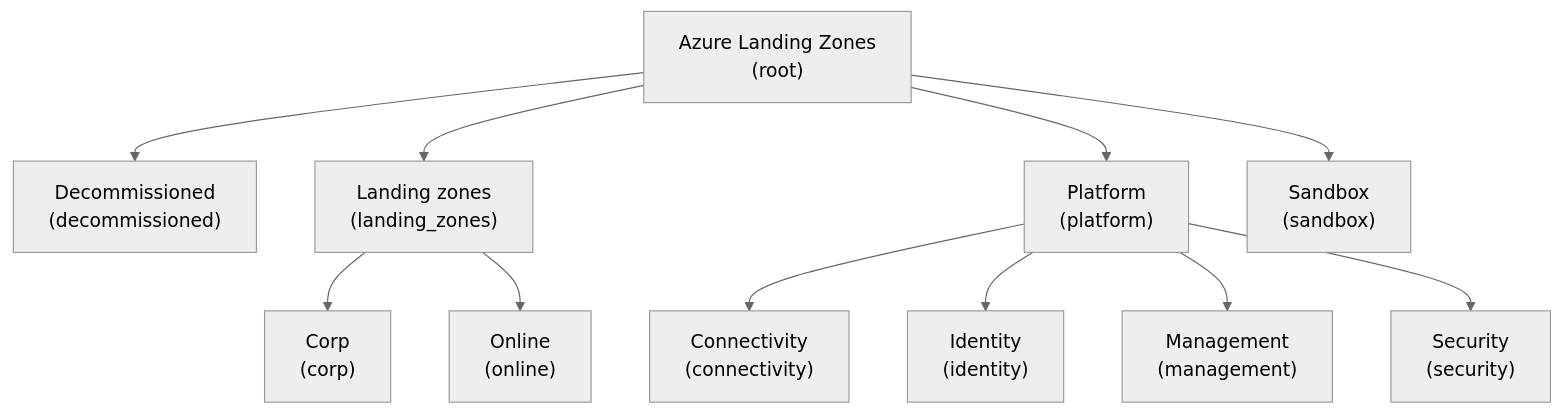
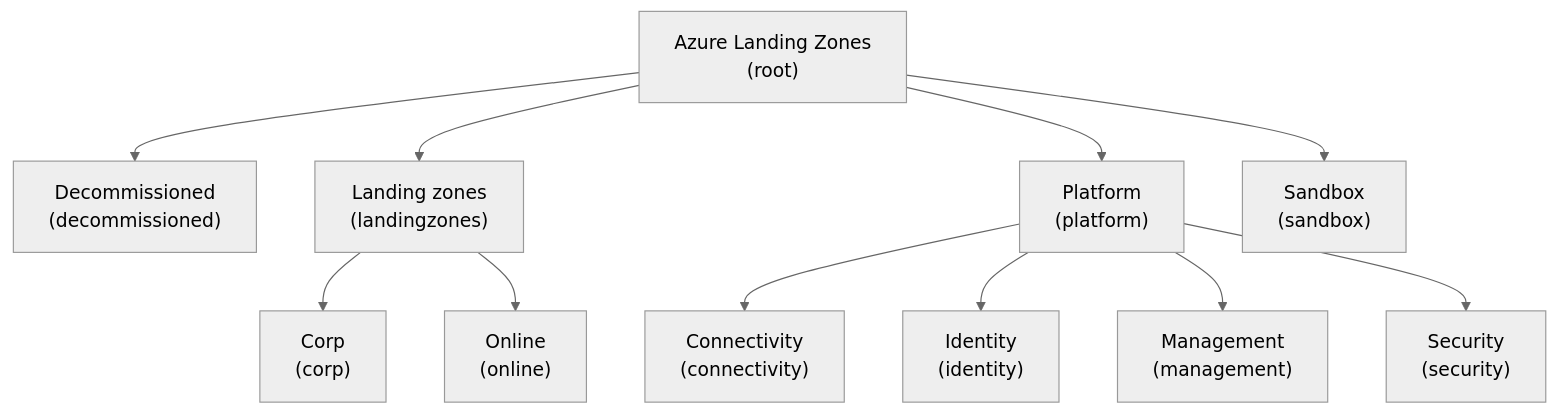
The diagram in platform/alz/README.md (Azure/Azure-Landing-Zones-Library), drawn with Mermaid (neutral theme) before and after one commit. The commit also changed other lines of this file and 4 other files, not shown here.

Commit message:
Renaming Azure Landing Zones id from 'alz' to 'root' and aligning all archetype names to the id for alignment

````diff
--- a/platform/alz/README.md
+++ b/platform/alz/README.md
@@ -27,36 +27,36 @@
 ```mermaid
 flowchart TD
-  alz["Azure Landing Zones
+  root["Azure Landing Zones
 (root)"]
-  alz --> decommissioned
+  root --> decommissioned
   decommissioned["Decommissioned
 (decommissioned)"]
-  alz --> landingzones
+  root --> landingzones
   landingzones["Landing zones
-(landing_zones)"]
+(landingzones)"]
   landingzones --> corp
   corp["Corp
 (corp)"]
   landingzones --> online
   online["Online
 (online)"]
-  alz --> platform
+  root --> platform
   platform["Platform
 (platform)"]
   platform --> connectivity
   connectivity["Connectivity
 (connectivity)"]
   platform --> identity
   identity["Identity
 (identity)"]
   platform --> management
   management["Management
 (management)"]
   platform --> security
   security["Security
 (security)"]
-  alz --> sandbox
+  root --> sandbox
   sandbox["Sandbox
 (sandbox)"]
 
 ```
````
